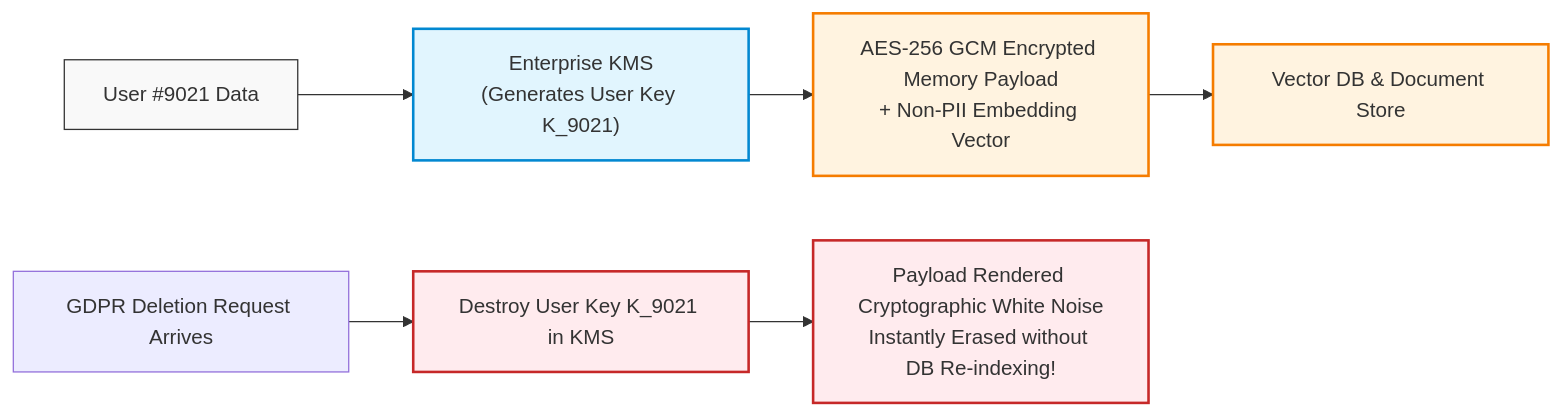
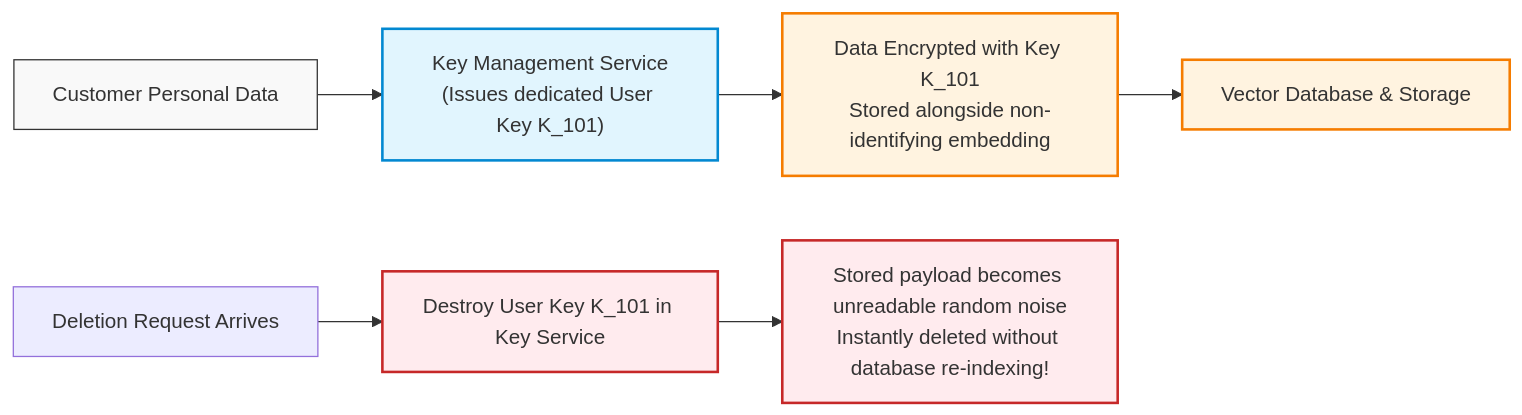
Before and after one commit to dip4k/senior-engineer-to-ai-engineer-roadmap: the fifth of 5 diagrams in 04-agentic-systems-and-orchestration/04-agent-memory-systems-and-cognitive-architectures.md, drawn with Mermaid. The commit also changed other lines of this file and 11 other files, not shown here.

````diff
--- a/04-agentic-systems-and-orchestration/04-agent-memory-systems-and-cognitive-architectures.md
+++ b/04-agentic-systems-and-orchestration/04-agent-memory-systems-and-cognitive-architectures.md
@@ -187,14 +173,14 @@
 ```mermaid
 flowchart LR
     classDef plain fill:#f9f9f9,stroke:#333,stroke-width:1px;
     classDef enc fill:#fff3e0,stroke:#f57c00,stroke-width:2px;
     classDef kms fill:#e1f5fe,stroke:#0288d1,stroke-width:2px;
     classDef shred fill:#ffebee,stroke:#c62828,stroke-width:2px;
 
-    User["User #9021 Data"]:::plain --> KMS["Enterprise KMS\n(Generates User Key K_9021)"]:::kms
-    KMS --> Enc["AES-256 GCM Encrypted Memory Payload\n+ Non-PII Embedding Vector"]:::enc
-    Enc --> Storage["Vector DB & Document Store"]:::enc
+    UserData["Customer Personal Data"]:::plain --> KMS["Key Management Service\n(Issues dedicated User Key K_101)"]:::kms
+    KMS --> Enc["Data Encrypted with Key K_101\nStored alongside non-identifying embedding"]:::enc
+    Enc --> DB["Vector Database & Storage"]:::enc
     
-    DeleteReq["GDPR Deletion Request Arrives"] --> Destroy["Destroy User Key K_9021 in KMS"]:::shred
-    Destroy --> Result["Payload Rendered Cryptographic White Noise\nInstantly Erased without DB Re-indexing!"]:::shred
+    Request["Deletion Request Arrives"] --> Destroy["Destroy User Key K_101 in Key Service"]:::shred
+    Destroy --> Result["Stored payload becomes unreadable random noise\nInstantly deleted without database re-indexing!"]:::shred
 ```
````
